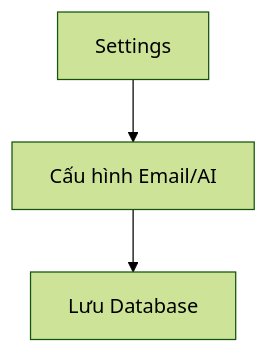
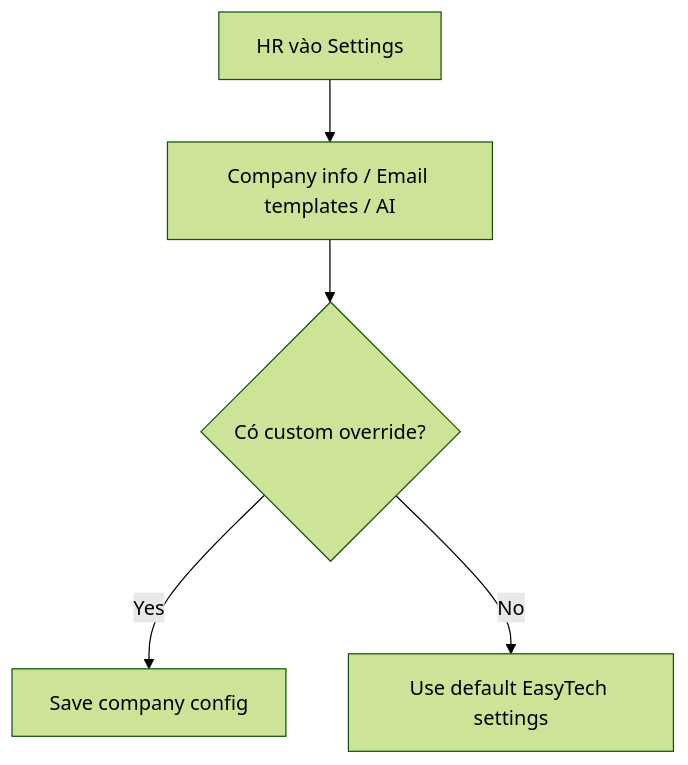
Before and after one commit to VanHaPtit/EasyTech_FE: the diagram in nghiep_vu/epic-07_Settings_Configuration/brief.md, drawn with Mermaid (forest theme). The commit also changed other lines of this file and 227 other files, not shown here.

````diff
--- a/nghiep_vu/epic-07_Settings_Configuration/brief.md
+++ b/nghiep_vu/epic-07_Settings_Configuration/brief.md
@@ -12,5 +15,7 @@
 ```mermaid
 graph TD
-  A[Settings] --> B[Cấu hình Email/AI]
-  B --> C[Lưu Database]
+  A[HR vào Settings] --> B[Company info / Email templates / AI]
+  B --> C{Có custom override?}
+  C -- Yes --> D[Save company config]
+  C -- No --> E[Use default EasyTech settings]
 ```
````
